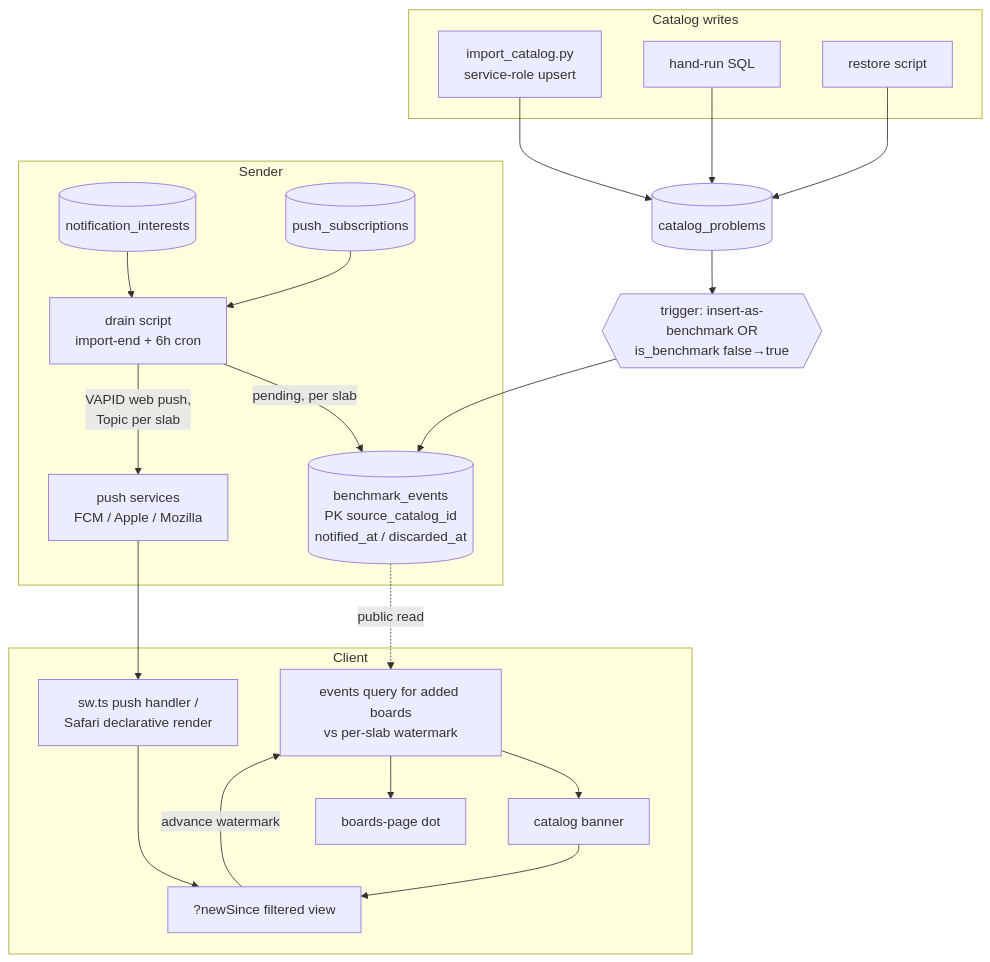
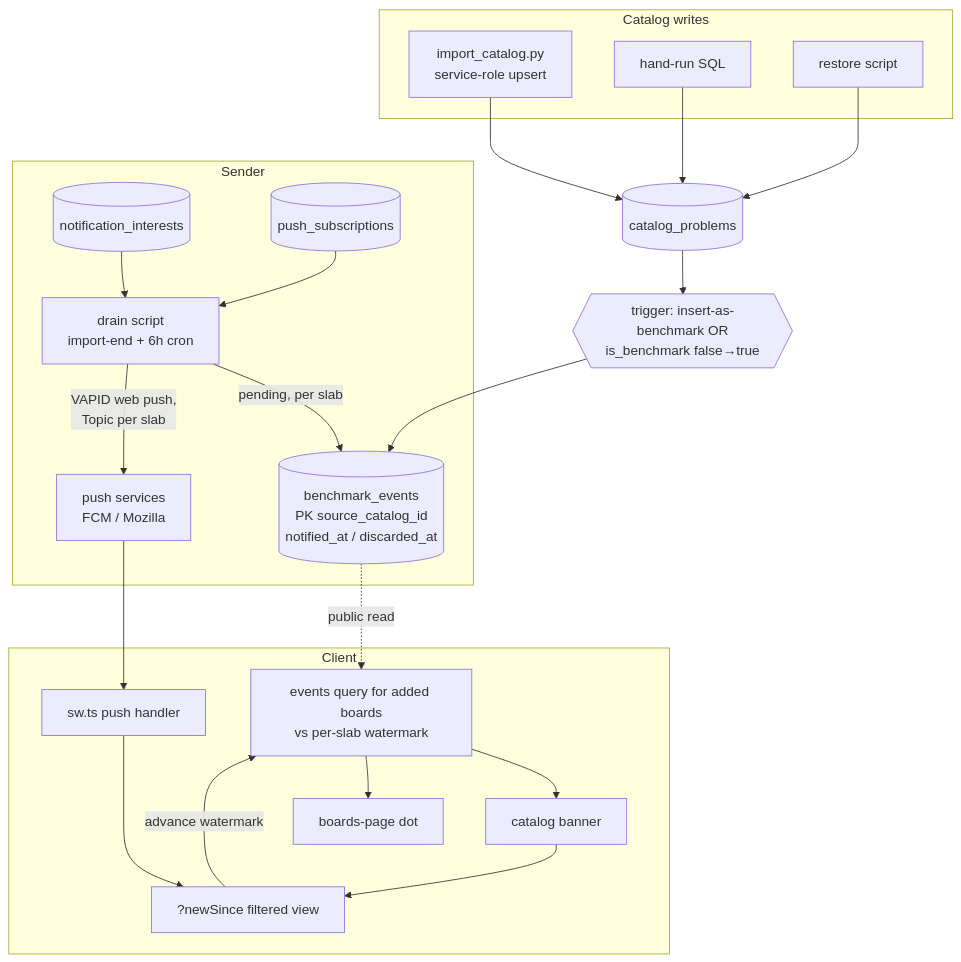
Before and after one commit to boardhang/boardhang-app: the first of 2 diagrams in docs/plans/2026-07-28-001-feat-web-benchmark-notifications-plan.md, drawn with Mermaid. The commit also changed other lines of this file, not shown here.

````diff
--- a/docs/plans/2026-07-28-001-feat-web-benchmark-notifications-plan.md
+++ b/docs/plans/2026-07-28-001-feat-web-benchmark-notifications-plan.md
@@ -99,36 +110,36 @@
 ```mermaid
 flowchart TB
   subgraph writes [Catalog writes]
     IMP[import_catalog.py<br/>service-role upsert]
     SQL[hand-run SQL]
     RST[restore script]
   end
   CP[(catalog_problems)]
   TRG{{trigger: insert-as-benchmark OR<br/>is_benchmark false→true}}
   BE[(benchmark_events<br/>PK source_catalog_id<br/>notified_at / discarded_at)]
   IMP --> CP
   SQL --> CP
   RST --> CP
   CP --> TRG --> BE
   subgraph server [Sender]
     DR[drain script<br/>import-end + 6h cron]
     NI[(notification_interests)]
     PS[(push_subscriptions)]
     DR -->|pending, per slab| BE
     NI --> DR
     PS --> DR
-    DR -->|VAPID web push,<br/>Topic per slab| SVC[push services<br/>FCM / Apple / Mozilla]
+    DR -->|VAPID web push,<br/>Topic per slab| SVC[push services<br/>FCM / Mozilla]
   end
   subgraph client [Client]
     EQ[events query for added boards<br/>vs per-slab watermark]
     BAN[catalog banner]
     DOT[boards-page dot]
     DL[?newSince filtered view]
     BE -.public read.-> EQ
     EQ --> BAN
     EQ --> DOT
     BAN --> DL
-    SVC --> SW[sw.ts push handler /<br/>Safari declarative render] --> DL
+    SVC --> SW[sw.ts push handler] --> DL
     DL -->|advance watermark| EQ
   end
 ```
````
